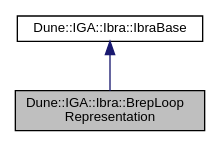
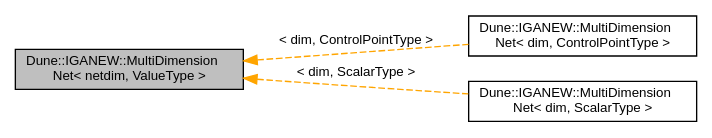
One commit to rath3t/dune-iga-doc changed the diagram in d7/de8/a01159.dot. Above: the diagram before and after it, drawn with Graphviz. The commit also changed 602 other files, not shown here.

Commit message:
deploy: rath3t/dune-iga@3f461609d07011847b1941b60779c1555a309028

```diff
--- a/d7/de8/a01159.dot
+++ b/d7/de8/a01159.dot
@@ -1,9 +1,12 @@
-digraph "Dune::IGA::Ibra::BrepLoopRepresentation"
+digraph "Dune::IGANEW::MultiDimensionNet&lt; netdim, ValueType &gt;"
 {
  // LATEX_PDF_SIZE
   edge [fontname="Helvetica",fontsize="10",labelfontname="Helvetica",labelfontsize="10"];
   node [fontname="Helvetica",fontsize="10",shape=record];
-  Node1 [label="Dune::IGA::Ibra::BrepLoop\lRepresentation",height=0.2,width=0.4,color="black", fillcolor="grey75", style="filled", fontcolor="black",tooltip=" "];
-  Node2 -> Node1 [dir="back",color="midnightblue",fontsize="10",style="solid",fontname="Helvetica"];
-  Node2 [label="Dune::IGA::Ibra::IbraBase",height=0.2,width=0.4,color="black", fillcolor="white", style="filled",URL="$db/d51/a01144.html",tooltip=" "];
+  rankdir="LR";
+  Node1 [label="Dune::IGANEW::MultiDimension\lNet\< netdim, ValueType \>",height=0.2,width=0.4,color="black", fillcolor="grey75", style="filled", fontcolor="black",tooltip="class holds a n-dim net"];
+  Node1 -> Node2 [dir="back",color="orange",fontsize="10",style="dashed",label=" \< dim, ControlPointType \>" ,fontname="Helvetica"];
+  Node2 [label="Dune::IGANEW::MultiDimension\lNet\< dim, ControlPointType \>",height=0.2,width=0.4,color="black", fillcolor="white", style="filled",URL="$da/d20/a01160.html",tooltip=" "];
+  Node1 -> Node3 [dir="back",color="orange",fontsize="10",style="dashed",label=" \< dim, ScalarType \>" ,fontname="Helvetica"];
+  Node3 [label="Dune::IGANEW::MultiDimension\lNet\< dim, ScalarType \>",height=0.2,width=0.4,color="black", fillcolor="white", style="filled",URL="$da/d20/a01160.html",tooltip=" "];
 }
```
